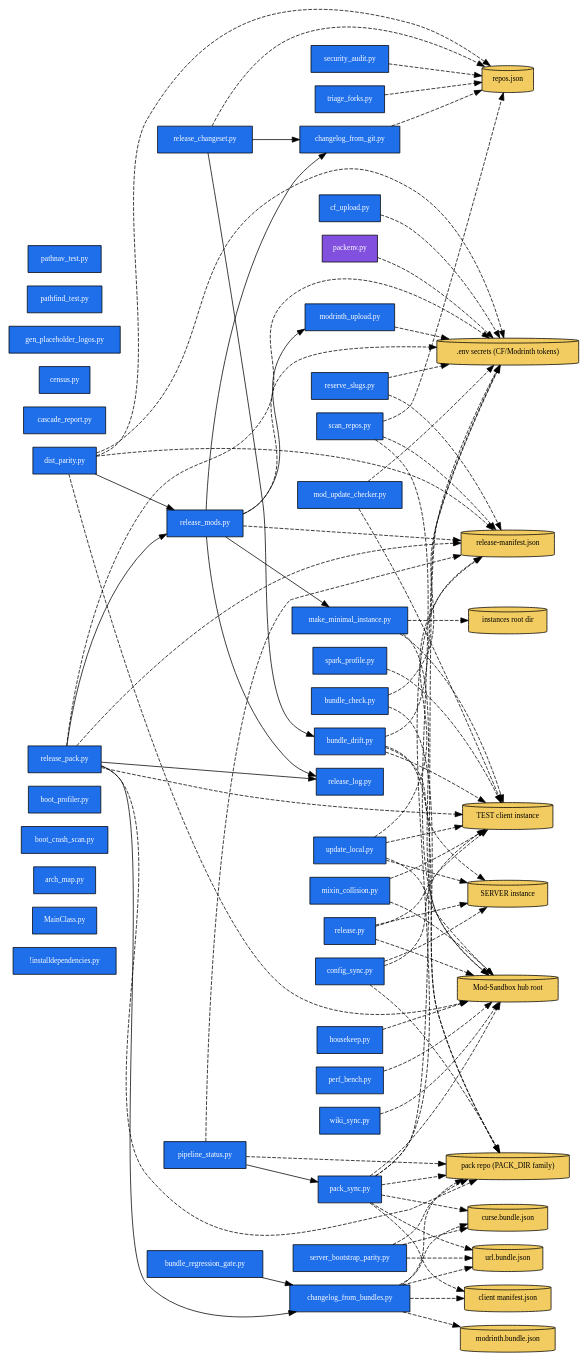
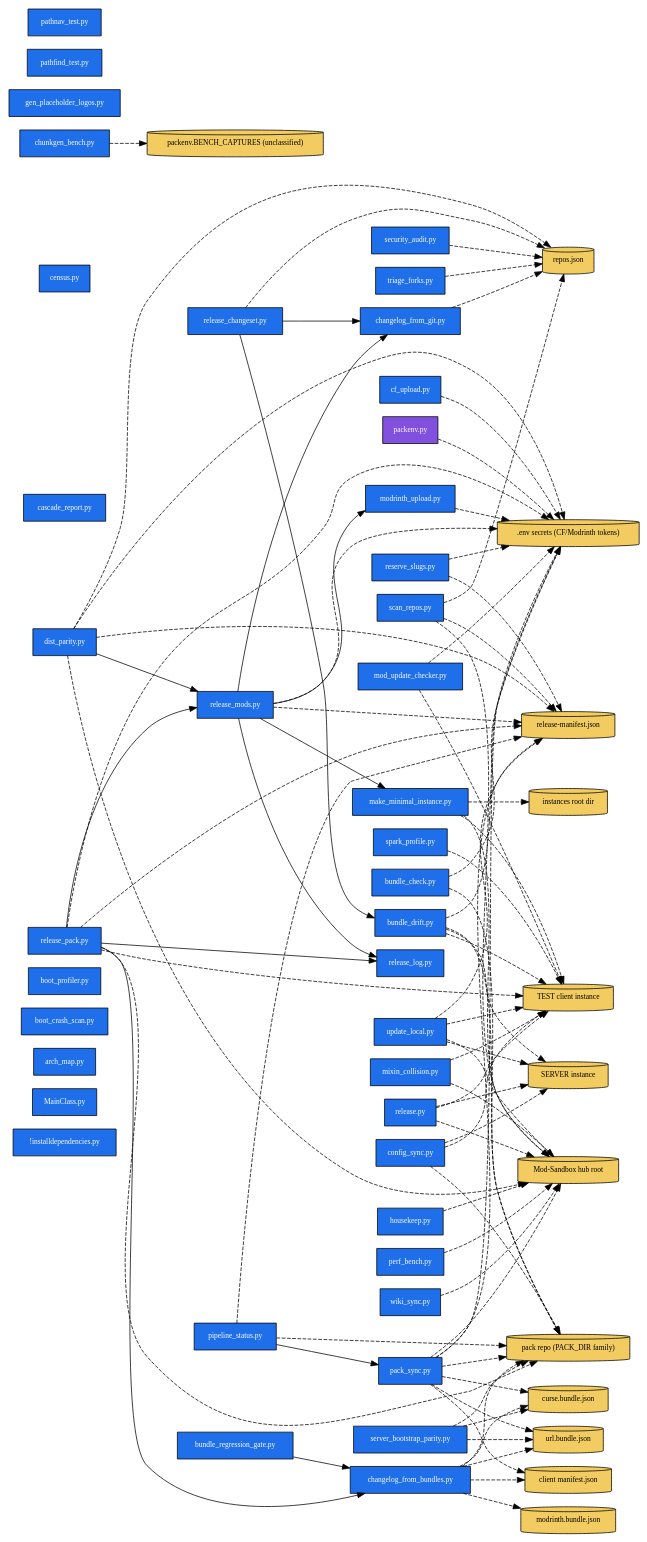
The diagram in ARCHITECTURE.dot (quentin452/Cat-Pack-Utilities), drawn with Graphviz before and after one commit. The commit also changed 1 other file, not shown here.

Commit message:
chore(arch): regenerate data-dependency map for chunkgen_bench + BENCH_CAPTURES
arch_map.py --check is a release-pack preflight gate; regenerate so it is not
stale after adding the benchmark harness script and the BENCH_CAPTURES packenv key.

```diff
--- a/ARCHITECTURE.dot
+++ b/ARCHITECTURE.dot
@@ -1,137 +1,140 @@
 digraph arch {
   rankdir=LR;
   node [shape=box, style=filled, fontsize=10];
 
   S__installdependencies [label="!installdependencies.py", fillcolor="#1f6feb", fontcolor="white"];
   S_MainClass [label="MainClass.py", fillcolor="#1f6feb", fontcolor="white"];
   S_arch_map [label="arch_map.py", fillcolor="#1f6feb", fontcolor="white"];
   S_boot_crash_scan [label="boot_crash_scan.py", fillcolor="#1f6feb", fontcolor="white"];
   S_boot_profiler [label="boot_profiler.py", fillcolor="#1f6feb", fontcolor="white"];
   S_bundle_check [label="bundle_check.py", fillcolor="#1f6feb", fontcolor="white"];
   S_bundle_drift [label="bundle_drift.py", fillcolor="#1f6feb", fontcolor="white"];
   S_bundle_regression_gate [label="bundle_regression_gate.py", fillcolor="#1f6feb", fontcolor="white"];
   S_cascade_report [label="cascade_report.py", fillcolor="#1f6feb", fontcolor="white"];
   S_census [label="census.py", fillcolor="#1f6feb", fontcolor="white"];
   S_cf_upload [label="cf_upload.py", fillcolor="#1f6feb", fontcolor="white"];
   S_changelog_from_bundles [label="changelog_from_bundles.py", fillcolor="#1f6feb", fontcolor="white"];
   S_changelog_from_git [label="changelog_from_git.py", fillcolor="#1f6feb", fontcolor="white"];
+  S_chunkgen_bench [label="chunkgen_bench.py", fillcolor="#1f6feb", fontcolor="white"];
   S_config_sync [label="config_sync.py", fillcolor="#1f6feb", fontcolor="white"];
   S_dist_parity [label="dist_parity.py", fillcolor="#1f6feb", fontcolor="white"];
   S_gen_placeholder_logos [label="gen_placeholder_logos.py", fillcolor="#1f6feb", fontcolor="white"];
   S_housekeep [label="housekeep.py", fillcolor="#1f6feb", fontcolor="white"];
   S_make_minimal_instance [label="make_minimal_instance.py", fillcolor="#1f6feb", fontcolor="white"];
   S_mixin_collision [label="mixin_collision.py", fillcolor="#1f6feb", fontcolor="white"];
   S_mod_update_checker [label="mod_update_checker.py", fillcolor="#1f6feb", fontcolor="white"];
   S_modrinth_upload [label="modrinth_upload.py", fillcolor="#1f6feb", fontcolor="white"];
   S_pack_sync [label="pack_sync.py", fillcolor="#1f6feb", fontcolor="white"];
   S_packenv [label="packenv.py", fillcolor="#8250df", fontcolor="white"];
   S_pathfind_test [label="pathfind_test.py", fillcolor="#1f6feb", fontcolor="white"];
   S_pathnav_test [label="pathnav_test.py", fillcolor="#1f6feb", fontcolor="white"];
   S_perf_bench [label="perf_bench.py", fillcolor="#1f6feb", fontcolor="white"];
   S_pipeline_status [label="pipeline_status.py", fillcolor="#1f6feb", fontcolor="white"];
   S_release [label="release.py", fillcolor="#1f6feb", fontcolor="white"];
   S_release_changeset [label="release_changeset.py", fillcolor="#1f6feb", fontcolor="white"];
   S_release_log [label="release_log.py", fillcolor="#1f6feb", fontcolor="white"];
   S_release_mods [label="release_mods.py", fillcolor="#1f6feb", fontcolor="white"];
   S_release_pack [label="release_pack.py", fillcolor="#1f6feb", fontcolor="white"];
   S_reserve_slugs [label="reserve_slugs.py", fillcolor="#1f6feb", fontcolor="white"];
   S_scan_repos [label="scan_repos.py", fillcolor="#1f6feb", fontcolor="white"];
   S_security_audit [label="security_audit.py", fillcolor="#1f6feb", fontcolor="white"];
   S_server_bootstrap_parity [label="server_bootstrap_parity.py", fillcolor="#1f6feb", fontcolor="white"];
   S_spark_profile [label="spark_profile.py", fillcolor="#1f6feb", fontcolor="white"];
   S_triage_forks [label="triage_forks.py", fillcolor="#1f6feb", fontcolor="white"];
   S_update_local [label="update_local.py", fillcolor="#1f6feb", fontcolor="white"];
   S_wiki_sync [label="wiki_sync.py", fillcolor="#1f6feb", fontcolor="white"];
 
   D_ART_SECRETS [label=".env secrets (CF/Modrinth tokens)", shape=cylinder, fillcolor="#f2cc60"];
   D_ART_HUB [label="Mod-Sandbox hub root", shape=cylinder, fillcolor="#f2cc60"];
   D_ART_INSTANCE_SERVER [label="SERVER instance", shape=cylinder, fillcolor="#f2cc60"];
   D_ART_INSTANCE_TEST [label="TEST client instance", shape=cylinder, fillcolor="#f2cc60"];
   D_ART_CLIENT_MANIFEST [label="client manifest.json", shape=cylinder, fillcolor="#f2cc60"];
   D_ART_CURSE_BUNDLE [label="curse.bundle.json", shape=cylinder, fillcolor="#f2cc60"];
   D_ART_INSTANCES_ROOT [label="instances root dir", shape=cylinder, fillcolor="#f2cc60"];
   D_ART_MODRINTH_BUNDLE [label="modrinth.bundle.json", shape=cylinder, fillcolor="#f2cc60"];
   D_ART_PACK_DIR [label="pack repo (PACK_DIR family)", shape=cylinder, fillcolor="#f2cc60"];
+  D_ART_OTHER_BENCH_CAPTURES [label="packenv.BENCH_CAPTURES (unclassified)", shape=cylinder, fillcolor="#f2cc60"];
   D_ART_RELEASE_MANIFEST [label="release-manifest.json", shape=cylinder, fillcolor="#f2cc60"];
   D_ART_REPOS_JSON [label="repos.json", shape=cylinder, fillcolor="#f2cc60"];
   D_ART_URL_BUNDLE [label="url.bundle.json", shape=cylinder, fillcolor="#f2cc60"];
 
   S_bundle_regression_gate -> S_changelog_from_bundles;
   S_dist_parity -> S_release_mods;
   S_pipeline_status -> S_pack_sync;
   S_release_changeset -> S_bundle_drift;
   S_release_changeset -> S_changelog_from_git;
   S_release_mods -> S_changelog_from_git;
   S_release_mods -> S_make_minimal_instance;
   S_release_mods -> S_modrinth_upload;
   S_release_mods -> S_release_log;
   S_release_pack -> S_changelog_from_bundles;
   S_release_pack -> S_release_log;
   S_release_pack -> S_release_mods;
   S_bundle_check -> D_ART_SECRETS [style=dashed];
   S_bundle_check -> D_ART_PACK_DIR [style=dashed];
   S_bundle_drift -> D_ART_SECRETS [style=dashed];
   S_bundle_drift -> D_ART_INSTANCE_SERVER [style=dashed];
   S_bundle_drift -> D_ART_INSTANCE_TEST [style=dashed];
   S_bundle_drift -> D_ART_PACK_DIR [style=dashed];
   S_cf_upload -> D_ART_SECRETS [style=dashed];
   S_changelog_from_bundles -> D_ART_CLIENT_MANIFEST [style=dashed];
   S_changelog_from_bundles -> D_ART_CURSE_BUNDLE [style=dashed];
   S_changelog_from_bundles -> D_ART_MODRINTH_BUNDLE [style=dashed];
   S_changelog_from_bundles -> D_ART_PACK_DIR [style=dashed];
   S_changelog_from_bundles -> D_ART_URL_BUNDLE [style=dashed];
   S_changelog_from_git -> D_ART_REPOS_JSON [style=dashed];
+  S_chunkgen_bench -> D_ART_OTHER_BENCH_CAPTURES [style=dashed];
   S_config_sync -> D_ART_INSTANCE_SERVER [style=dashed];
   S_config_sync -> D_ART_INSTANCE_TEST [style=dashed];
   S_config_sync -> D_ART_PACK_DIR [style=dashed];
   S_dist_parity -> D_ART_SECRETS [style=dashed];
   S_dist_parity -> D_ART_HUB [style=dashed];
   S_dist_parity -> D_ART_RELEASE_MANIFEST [style=dashed];
   S_dist_parity -> D_ART_REPOS_JSON [style=dashed];
   S_housekeep -> D_ART_HUB [style=dashed];
   S_make_minimal_instance -> D_ART_HUB [style=dashed];
   S_make_minimal_instance -> D_ART_INSTANCE_TEST [style=dashed];
   S_make_minimal_instance -> D_ART_INSTANCES_ROOT [style=dashed];
   S_mixin_collision -> D_ART_HUB [style=dashed];
   S_mixin_collision -> D_ART_INSTANCE_TEST [style=dashed];
   S_mod_update_checker -> D_ART_SECRETS [style=dashed];
   S_mod_update_checker -> D_ART_INSTANCE_TEST [style=dashed];
   S_modrinth_upload -> D_ART_SECRETS [style=dashed];
   S_pack_sync -> D_ART_SECRETS [style=dashed];
   S_pack_sync -> D_ART_HUB [style=dashed];
   S_pack_sync -> D_ART_CLIENT_MANIFEST [style=dashed];
   S_pack_sync -> D_ART_CURSE_BUNDLE [style=dashed];
   S_pack_sync -> D_ART_PACK_DIR [style=dashed];
   S_pack_sync -> D_ART_RELEASE_MANIFEST [style=dashed];
   S_pack_sync -> D_ART_URL_BUNDLE [style=dashed];
   S_packenv -> D_ART_SECRETS [style=dashed];
   S_perf_bench -> D_ART_HUB [style=dashed];
   S_pipeline_status -> D_ART_PACK_DIR [style=dashed];
   S_pipeline_status -> D_ART_RELEASE_MANIFEST [style=dashed];
   S_release -> D_ART_HUB [style=dashed];
   S_release -> D_ART_INSTANCE_SERVER [style=dashed];
   S_release -> D_ART_INSTANCE_TEST [style=dashed];
   S_release_changeset -> D_ART_REPOS_JSON [style=dashed];
   S_release_mods -> D_ART_SECRETS [style=dashed];
   S_release_mods -> D_ART_RELEASE_MANIFEST [style=dashed];
   S_release_pack -> D_ART_SECRETS [style=dashed];
   S_release_pack -> D_ART_INSTANCE_TEST [style=dashed];
   S_release_pack -> D_ART_PACK_DIR [style=dashed];
   S_release_pack -> D_ART_RELEASE_MANIFEST [style=dashed];
   S_reserve_slugs -> D_ART_SECRETS [style=dashed];
   S_reserve_slugs -> D_ART_RELEASE_MANIFEST [style=dashed];
   S_scan_repos -> D_ART_HUB [style=dashed];
   S_scan_repos -> D_ART_RELEASE_MANIFEST [style=dashed];
   S_scan_repos -> D_ART_REPOS_JSON [style=dashed];
   S_security_audit -> D_ART_REPOS_JSON [style=dashed];
   S_server_bootstrap_parity -> D_ART_CURSE_BUNDLE [style=dashed];
   S_server_bootstrap_parity -> D_ART_PACK_DIR [style=dashed];
   S_server_bootstrap_parity -> D_ART_URL_BUNDLE [style=dashed];
   S_spark_profile -> D_ART_INSTANCE_TEST [style=dashed];
   S_triage_forks -> D_ART_REPOS_JSON [style=dashed];
   S_update_local -> D_ART_HUB [style=dashed];
   S_update_local -> D_ART_INSTANCE_SERVER [style=dashed];
   S_update_local -> D_ART_INSTANCE_TEST [style=dashed];
   S_update_local -> D_ART_RELEASE_MANIFEST [style=dashed];
   S_wiki_sync -> D_ART_HUB [style=dashed];
 }
```
